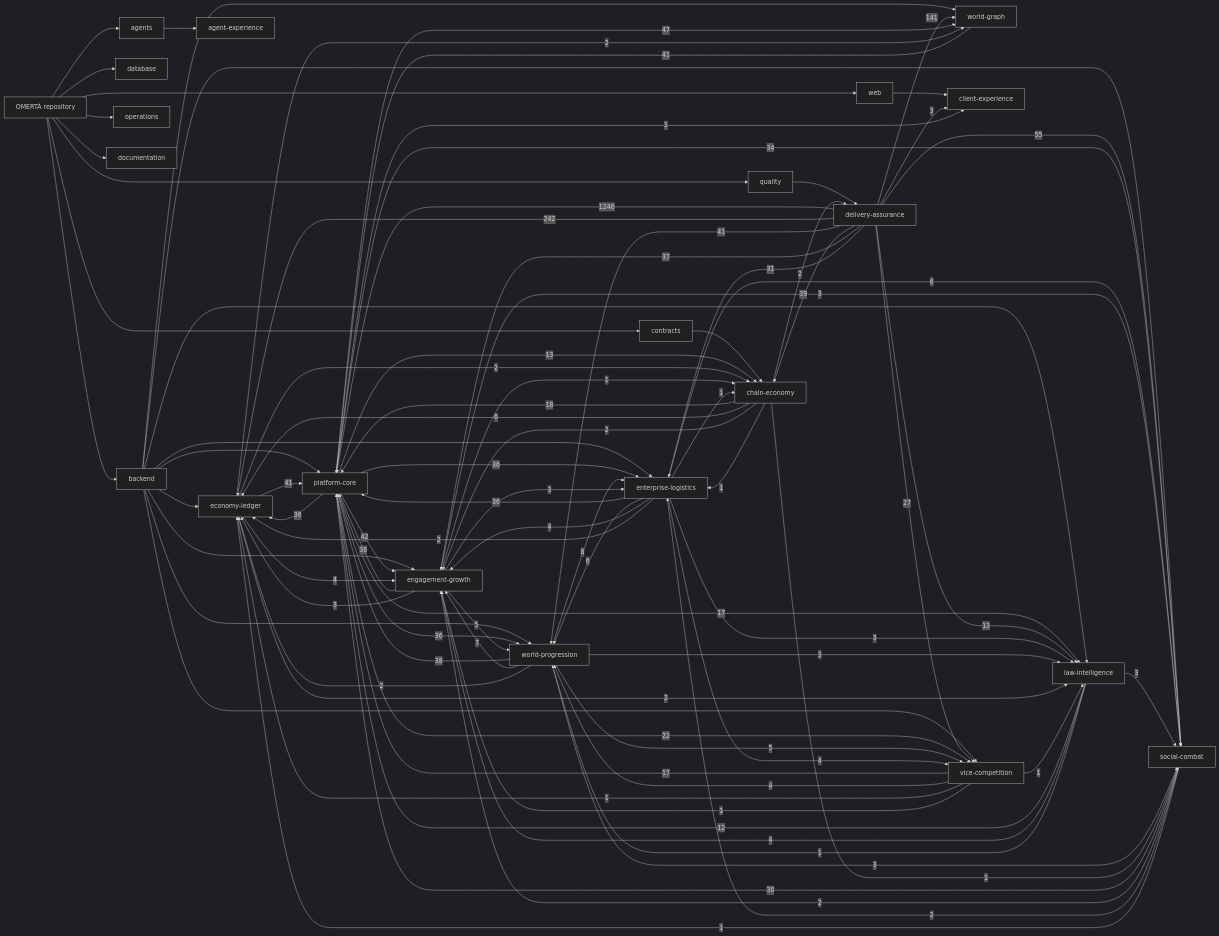
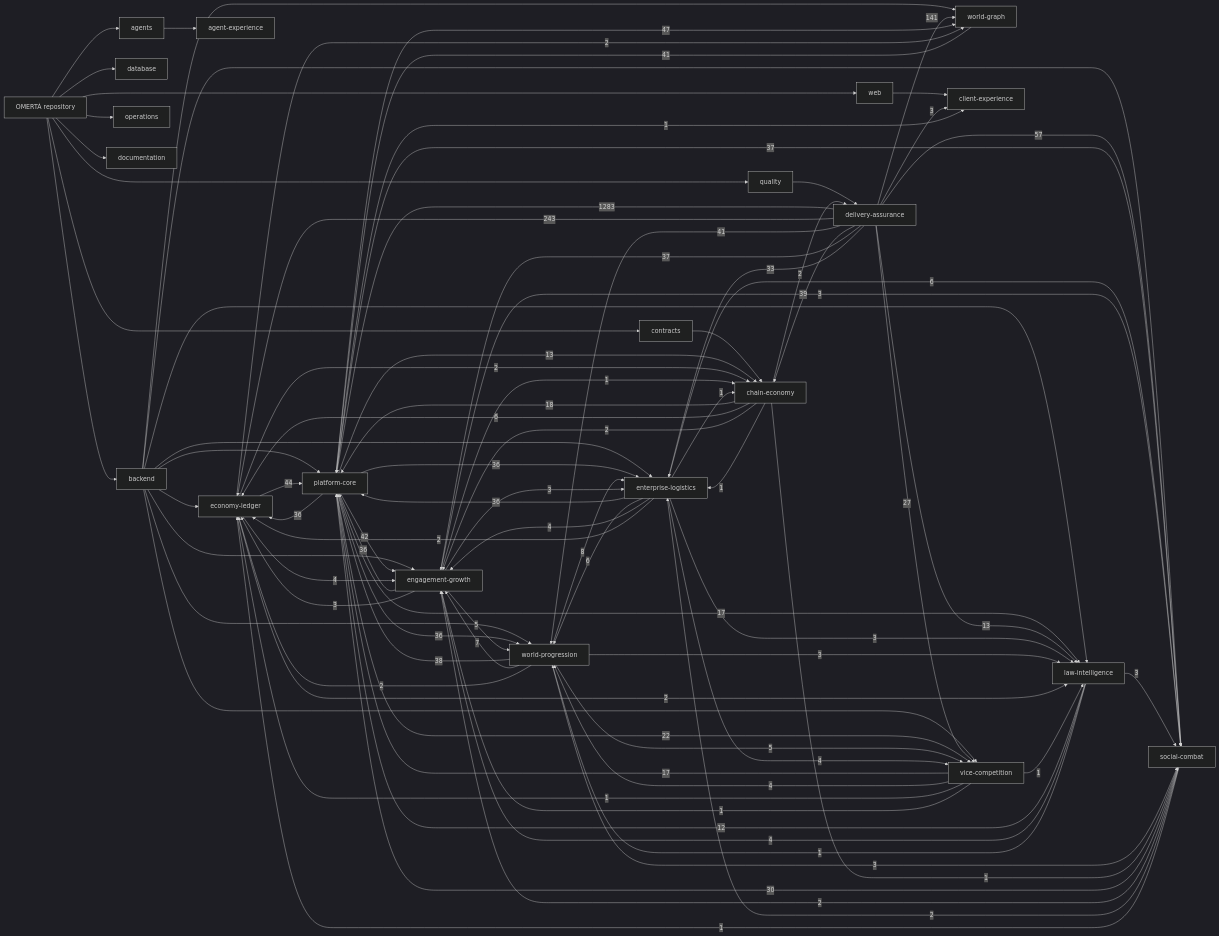
The diagram in knowledge/generated/graph.mmd (OmertaDev/Omerta), drawn with Mermaid (dark theme) before and after one commit. The commit also changed 8 other files, not shown here.

```diff
--- a/knowledge/generated/graph.mmd
+++ b/knowledge/generated/graph.mmd
@@ -1,111 +1,111 @@
 flowchart LR
   repo["OMERTÀ repository"]
   sub_backend["backend"]
   repo --> sub_backend
   sub_database["database"]
   repo --> sub_database
   sub_web["web"]
   repo --> sub_web
   sub_contracts["contracts"]
   repo --> sub_contracts
   sub_agents["agents"]
   repo --> sub_agents
   sub_quality["quality"]
   repo --> sub_quality
   sub_operations["operations"]
   repo --> sub_operations
   sub_documentation["documentation"]
   repo --> sub_documentation
   dom_platform-core["platform-core"]
   dom_economy-ledger["economy-ledger"]
   dom_social-combat["social-combat"]
   dom_world-progression["world-progression"]
   dom_world-graph["world-graph"]
   dom_enterprise-logistics["enterprise-logistics"]
   dom_vice-competition["vice-competition"]
   dom_law-intelligence["law-intelligence"]
   dom_chain-economy["chain-economy"]
   dom_engagement-growth["engagement-growth"]
   dom_client-experience["client-experience"]
   dom_agent-experience["agent-experience"]
   dom_delivery-assurance["delivery-assurance"]
   sub_agents --> dom_agent-experience
   sub_backend --> dom_economy-ledger
   sub_backend --> dom_engagement-growth
   sub_backend --> dom_enterprise-logistics
   sub_backend --> dom_law-intelligence
   sub_backend --> dom_platform-core
   sub_backend --> dom_social-combat
   sub_backend --> dom_vice-competition
   sub_backend --> dom_world-graph
   sub_backend --> dom_world-progression
   sub_contracts --> dom_chain-economy
   sub_quality --> dom_delivery-assurance
   sub_web --> dom_client-experience
-  dom_delivery-assurance -->|1246| dom_platform-core
-  dom_delivery-assurance -->|242| dom_economy-ledger
+  dom_delivery-assurance -->|1283| dom_platform-core
+  dom_delivery-assurance -->|243| dom_economy-ledger
   dom_delivery-assurance -->|141| dom_world-graph
-  dom_delivery-assurance -->|55| dom_social-combat
+  dom_delivery-assurance -->|57| dom_social-combat
   dom_platform-core -->|47| dom_world-graph
+  dom_economy-ledger -->|44| dom_platform-core
   dom_platform-core -->|42| dom_engagement-growth
   dom_delivery-assurance -->|41| dom_world-progression
-  dom_economy-ledger -->|41| dom_platform-core
   dom_world-graph -->|41| dom_platform-core
   dom_delivery-assurance -->|39| dom_chain-economy
   dom_world-progression -->|38| dom_platform-core
   dom_delivery-assurance -->|37| dom_engagement-growth
+  dom_platform-core -->|37| dom_social-combat
   dom_engagement-growth -->|36| dom_platform-core
   dom_enterprise-logistics -->|36| dom_platform-core
   dom_platform-core -->|36| dom_economy-ledger
   dom_platform-core -->|36| dom_enterprise-logistics
   dom_platform-core -->|36| dom_world-progression
-  dom_platform-core -->|34| dom_social-combat
-  dom_delivery-assurance -->|31| dom_enterprise-logistics
+  dom_delivery-assurance -->|33| dom_enterprise-logistics
   dom_social-combat -->|30| dom_platform-core
   dom_delivery-assurance -->|27| dom_vice-competition
   dom_platform-core -->|22| dom_vice-competition
   dom_chain-economy -->|18| dom_platform-core
   dom_platform-core -->|17| dom_law-intelligence
   dom_vice-competition -->|17| dom_platform-core
   dom_delivery-assurance -->|13| dom_law-intelligence
   dom_platform-core -->|13| dom_chain-economy
   dom_law-intelligence -->|12| dom_platform-core
   dom_world-progression -->|8| dom_enterprise-logistics
   dom_world-progression -->|7| dom_engagement-growth
   dom_chain-economy -->|6| dom_economy-ledger
   dom_enterprise-logistics -->|6| dom_social-combat
   dom_enterprise-logistics -->|6| dom_world-progression
   dom_engagement-growth -->|5| dom_world-progression
   dom_world-progression -->|5| dom_vice-competition
   dom_economy-ledger -->|4| dom_engagement-growth
   dom_enterprise-logistics -->|4| dom_engagement-growth
   dom_enterprise-logistics -->|4| dom_vice-competition
   dom_law-intelligence -->|4| dom_engagement-growth
   dom_vice-competition -->|4| dom_world-progression
   dom_delivery-assurance -->|3| dom_client-experience
   dom_engagement-growth -->|3| dom_economy-ledger
   dom_engagement-growth -->|3| dom_enterprise-logistics
   dom_engagement-growth -->|3| dom_social-combat
   dom_enterprise-logistics -->|3| dom_law-intelligence
   dom_law-intelligence -->|3| dom_social-combat
   dom_world-progression -->|3| dom_law-intelligence
   dom_world-progression -->|3| dom_social-combat
   dom_chain-economy -->|2| dom_delivery-assurance
   dom_chain-economy -->|2| dom_engagement-growth
   dom_economy-ledger -->|2| dom_chain-economy
   dom_economy-ledger -->|2| dom_law-intelligence
   dom_economy-ledger -->|2| dom_world-graph
   dom_enterprise-logistics -->|2| dom_economy-ledger
   dom_social-combat -->|2| dom_engagement-growth
   dom_social-combat -->|2| dom_enterprise-logistics
   dom_world-progression -->|2| dom_economy-ledger
   dom_chain-economy -->|1| dom_enterprise-logistics
   dom_chain-economy -->|1| dom_social-combat
   dom_engagement-growth -->|1| dom_chain-economy
   dom_enterprise-logistics -->|1| dom_chain-economy
   dom_law-intelligence -->|1| dom_world-progression
   dom_platform-core -->|1| dom_client-experience
   dom_social-combat -->|1| dom_economy-ledger
   dom_vice-competition -->|1| dom_economy-ledger
   dom_vice-competition -->|1| dom_engagement-growth
   dom_vice-competition -->|1| dom_law-intelligence
```
